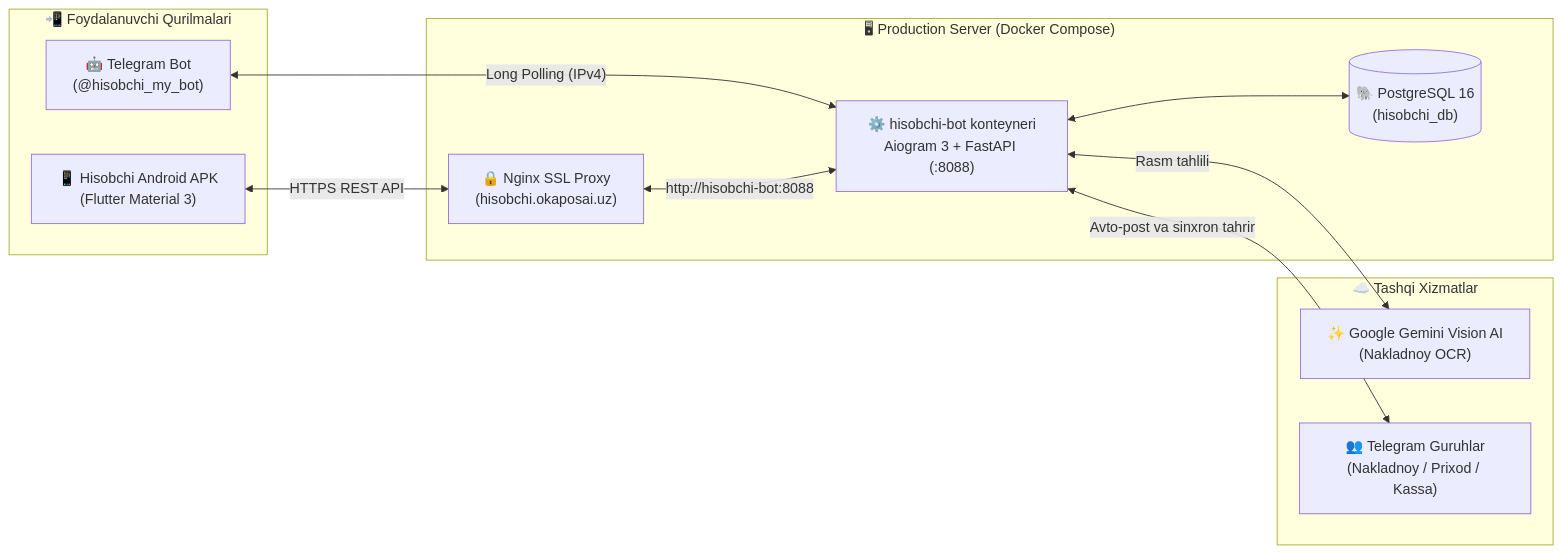
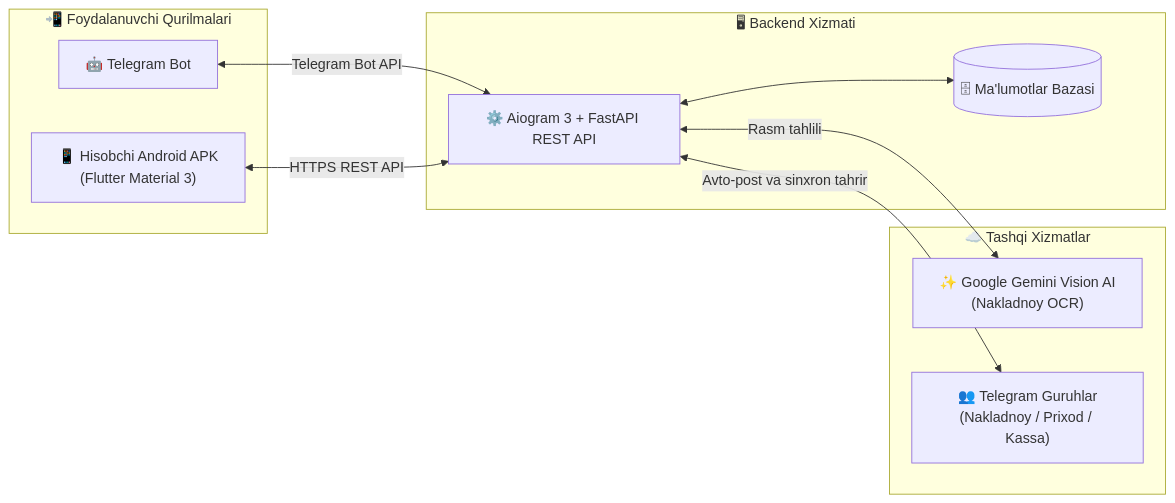
One commit to SunnatDevPy/hisobchi_oldi_berdi changed the diagram in README.md. Above: the diagram before and after it, drawn with Mermaid. The commit also changed other lines of this file and 3 other files, not shown here.

````diff
--- a/README.md
+++ b/README.md
@@ -23,25 +18,23 @@
 ```mermaid
 flowchart LR
     subgraph Clients["📲 Foydalanuvchi Qurilmalari"]
-        TG["🤖 Telegram Bot\n(@hisobchi_my_bot)"]
+        TG["🤖 Telegram Bot"]
         APK["📱 Hisobchi Android APK\n(Flutter Material 3)"]
     end
 
-    subgraph Server["🖥 Production Server (Docker Compose)"]
-        NGX["🔒 Nginx SSL Proxy\n(hisobchi.okaposai.uz)"]
-        BOT["⚙️ hisobchi-bot konteyneri\nAiogram 3 + FastAPI (:8088)"]
-        PG[("🐘 PostgreSQL 16\n(hisobchi_db)")]
+    subgraph Backend["🖥 Backend Xizmati"]
+        API["⚙️ Aiogram 3 + FastAPI REST API"]
+        DB[("🗄 Ma'lumotlar Bazasi")]
     end
 
     subgraph External["☁️ Tashqi Xizmatlar"]
         AI["✨ Google Gemini Vision AI\n(Nakladnoy OCR)"]
         GRP["👥 Telegram Guruhlar\n(Nakladnoy / Prixod / Kassa)"]
     end
 
-    TG <-->|"Long Polling (IPv4)"| BOT
-    APK <-->|"HTTPS REST API"| NGX
-    NGX <-->|"http://hisobchi-bot:8088"| BOT
-    BOT <--> PG
-    BOT <-->|"Rasm tahlili"| AI
-    BOT <-->|"Avto-post va sinxron tahrir"| GRP
+    TG <-->|"Telegram Bot API"| API
+    APK <-->|"HTTPS REST API"| API
+    API <--> DB
+    API <-->|"Rasm tahlili"| AI
+    API <-->|"Avto-post va sinxron tahrir"| GRP
 ```
````
